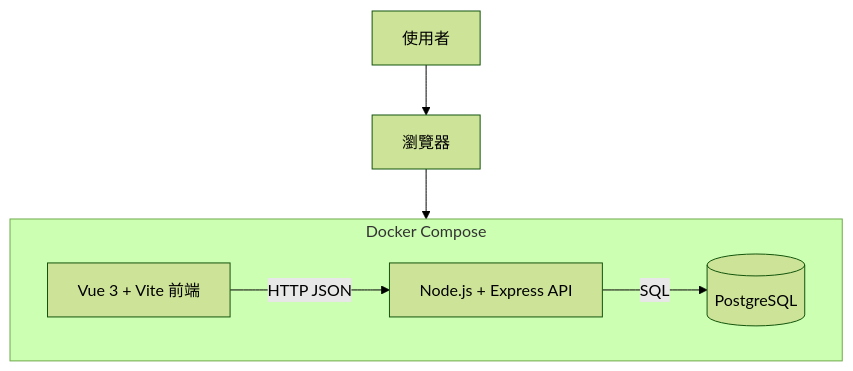
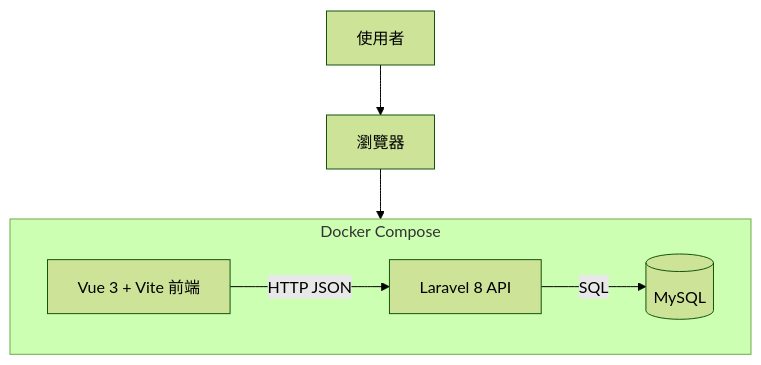
One commit to annie-clickforce/todo-fullstack changed the first of 3 diagrams in docs/architecture.md. Above: the diagram before and after it, drawn with Mermaid (forest theme). The commit also changed other lines of this file and 3 other files, not shown here.

First line of the commit message:
docs:文件同步改為 MySQL 與 Laravel

````diff
--- a/docs/architecture.md
+++ b/docs/architecture.md
@@ -7,15 +7,15 @@
 ```mermaid
 flowchart TD
     User[使用者] --> Browser[瀏覽器]
     Browser --> Frontend
 
     subgraph Docker Compose
         direction LR
         Frontend[Vue 3 + Vite 前端]
-        API[Node.js + Express API]
-        DB[(PostgreSQL)]
+        API[Laravel 8 API]
+        DB[(MySQL)]
 
         Frontend -->|HTTP JSON| API
         API -->|SQL| DB
     end
 ```
````
